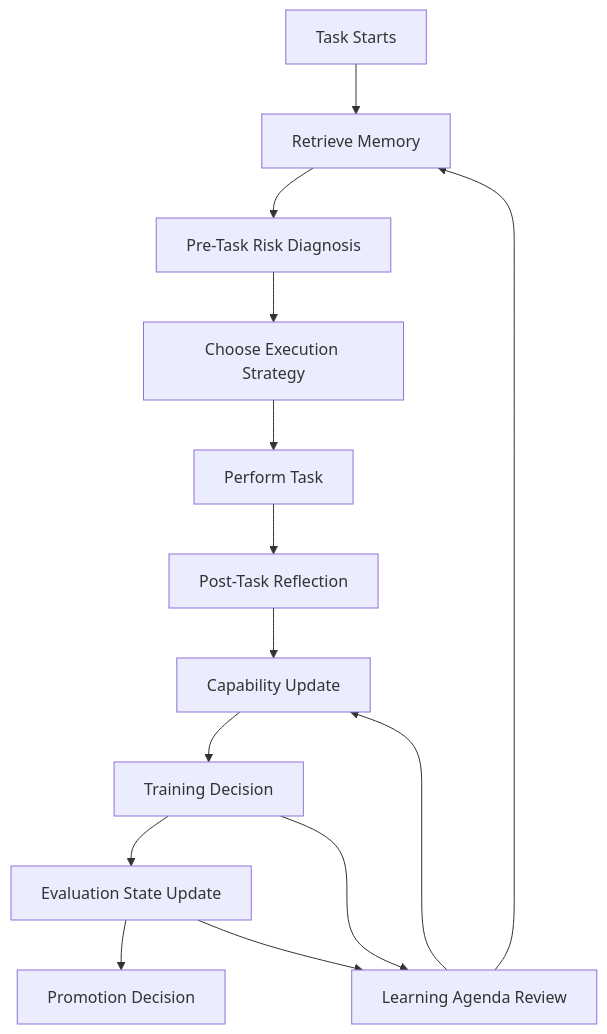
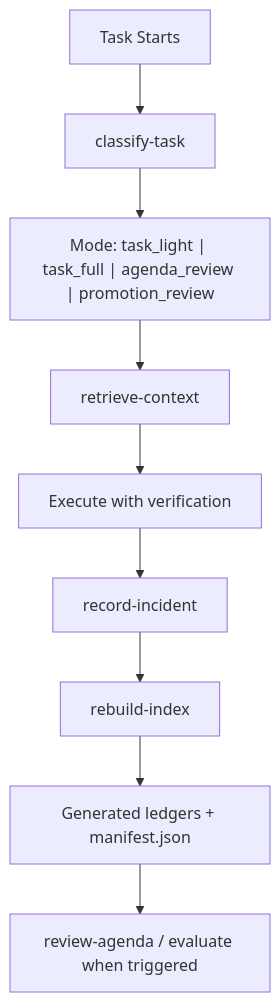
Before and after one commit to RangeKing/self-evolving-agent: the diagram in README.md, drawn with Mermaid. The commit also changed other lines of this file and 37 other files, not shown here.

````diff
--- a/README.md
+++ b/README.md
@@ -69,17 +71,11 @@
 ```mermaid
 flowchart TD
-    A["Task Starts"] --> B["Retrieve Memory"]
-    B --> C["Pre-Task Risk Diagnosis"]
-    C --> D["Choose Execution Strategy"]
-    D --> E["Perform Task"]
-    E --> F["Post-Task Reflection"]
-    F --> G["Capability Update"]
-    G --> H["Training Decision"]
-    H --> I["Evaluation State Update"]
-    I --> J["Promotion Decision"]
-
-    K["Learning Agenda Review"] --> B
-    K --> G
-    H --> K
-    I --> K
+    A["Task Starts"] --> B["classify-task"]
+    B --> C["Mode: task_light | task_full | agenda_review | promotion_review"]
+    C --> D["retrieve-context"]
+    D --> E["Execute with verification"]
+    E --> F["record-incident"]
+    F --> G["rebuild-index"]
+    G --> H["Generated ledgers + manifest.json"]
+    H --> I["review-agenda / evaluate when triggered"]
 ```
````
